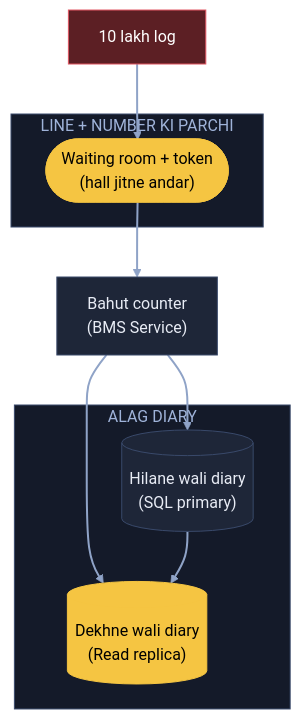
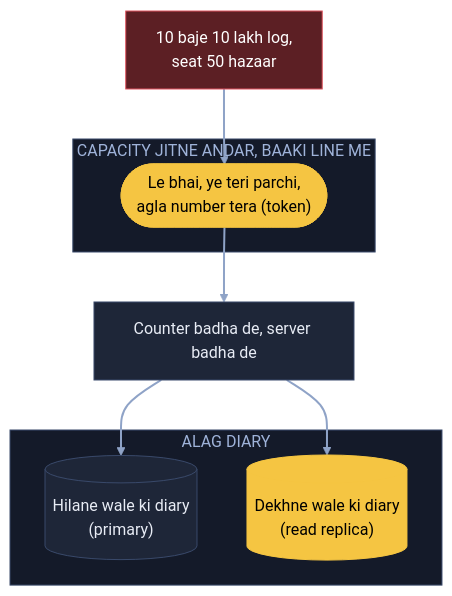
One commit to ArpanMaheshwari144/Prep changed the fourth of 6 diagrams in 04_HLD/SYSTEM_DESIGNS/09_bookmyshow/09_bookmyshow.md. Above: the diagram before and after it, drawn with Mermaid. The commit also changed other lines of this file, not shown here.

Commit message:
BMS: 6 diagram hand notes ke shabdon se (do counter, ghadi 2 = seat, 'na' raasta hataya); K5 apni jodi lines hatai

````diff
--- a/04_HLD/SYSTEM_DESIGNS/09_bookmyshow/09_bookmyshow.md
+++ b/04_HLD/SYSTEM_DESIGNS/09_bookmyshow/09_bookmyshow.md
@@ -130,24 +135,23 @@
 ```mermaid
 flowchart TB
-    U["10 lakh log"]:::bad
-    subgraph GT["LINE + NUMBER KI PARCHI"]
-        W(["Waiting room + token<br/>(hall jitne andar)"]):::pill
+    U["10 baje 10 lakh log,<br/>seat 50 hazaar"]:::bad
+    subgraph LN["CAPACITY JITNE ANDAR, BAAKI LINE ME"]
+        W(["Le bhai, ye teri parchi,<br/>agla number tera (token)"]):::pill
     end
-    S["Bahut counter<br/>(BMS Service)"]:::card
+    S["Counter badha de, server badha de"]:::card
     subgraph DY["ALAG DIARY"]
-        P[("Hilane wali diary<br/>(SQL primary)")]:::card
-        R[("Dekhne wali diary<br/>(Read replica)")]:::pill
+        P[("Hilane wale ki diary<br/>(primary)")]:::card
+        R[("Dekhne wale ki diary<br/>(read replica)")]:::pill
     end
     U --> W
     W --> S
     S --> P
     S --> R
-    P --> R
     linkStyle default stroke:#8fa3c7,stroke-width:2px
     classDef card fill:#1e2638,stroke:#3a4a6b,color:#e8ecf5
     classDef pill fill:#f5c542,stroke:#f5c542,color:#000
     classDef good fill:#2e7d4f,stroke:#3fbf6f,color:#fff
     classDef bad fill:#5c1f24,stroke:#e05561,color:#fff
-    style GT fill:#141a29,stroke:#3a4a6b,color:#9fb3d9
+    style LN fill:#141a29,stroke:#3a4a6b,color:#9fb3d9
     style DY fill:#141a29,stroke:#3a4a6b,color:#9fb3d9
 ```
````
